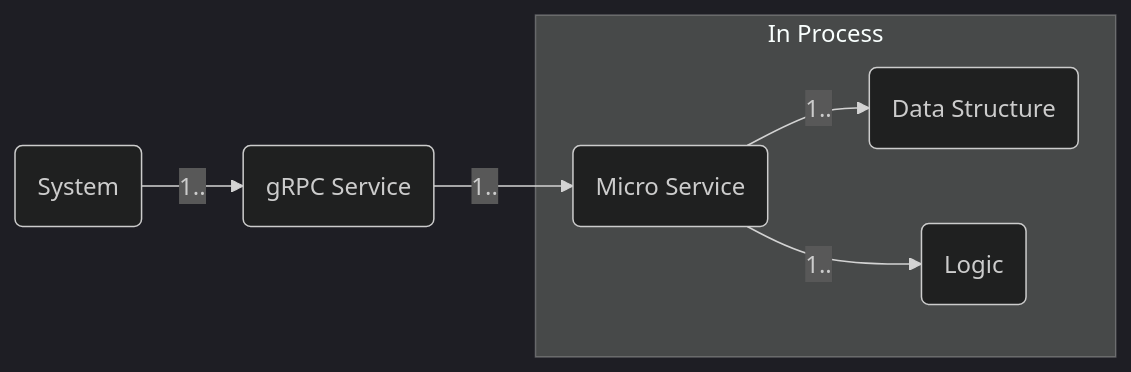
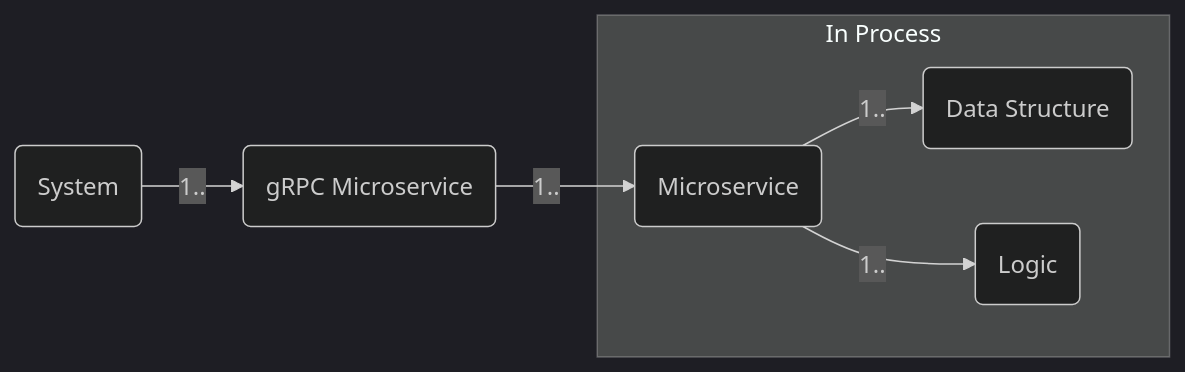
One commit to akiradeveloper/microservice-pattern changed the first of 5 diagrams in README.md. Above: the diagram before and after it, drawn with Mermaid (dark theme). The commit also changed other lines of this file and 8 other files, not shown here.

````diff
--- a/README.md
+++ b/README.md
@@ -12,13 +12,13 @@
 ```mermaid
 graph LR
   SYSTEM(System)
-  GRPC(gRPC Service)
+  GRPC(gRPC Microservice)
   subgraph In Process
-    MICRO(Micro Service)
+    MICRO(Microservice)
     DATA(Data Structure)
 	LOGIC(Logic)
   end
   SYSTEM -->|1..| GRPC -->|1..| MICRO
   MICRO -->|1..| DATA
   MICRO -->|1..| LOGIC
 ```
````
